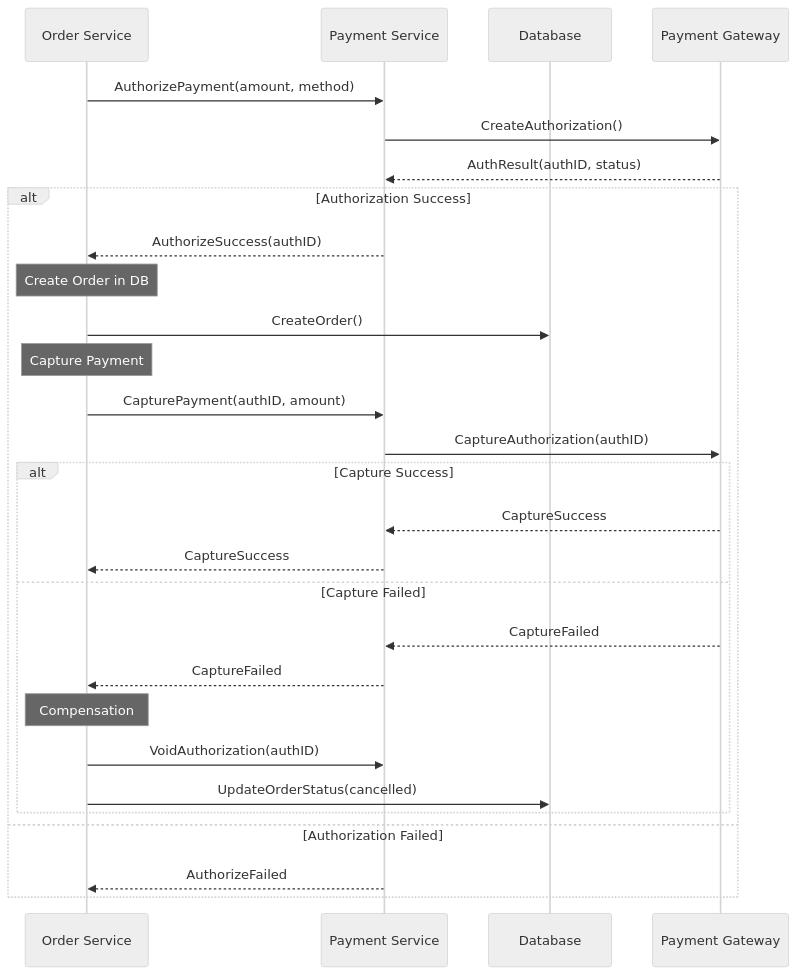
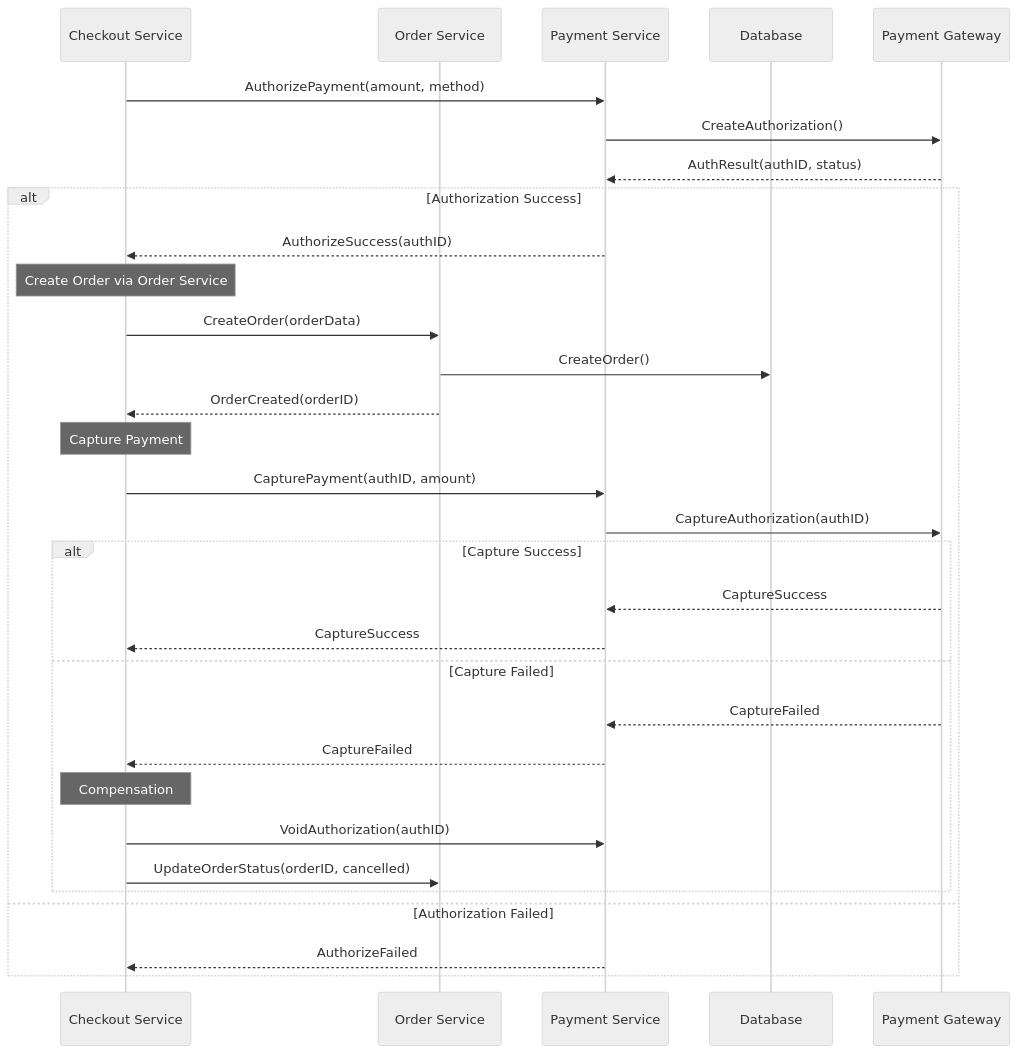
Before and after one commit to vesviet/Composable-Commerce-Service-Architecture: the third of 4 diagrams in 02-business-domains/commerce/cart-checkout.md, drawn with Mermaid (neutral theme). The commit also changed other lines of this file and 2 other files, not shown here.

First line of the commit message:
docs: add user service code review checklist and update documentation

````diff
--- a/02-business-domains/commerce/cart-checkout.md
+++ b/02-business-domains/commerce/cart-checkout.md
@@ -217,36 +221,39 @@
 ```mermaid
 sequenceDiagram
-    participant O as Order Service
+    participant CS as Checkout Service
+    participant OS as Order Service
     participant P as Payment Service
     participant DB as Database
     participant PG as Payment Gateway
 
-    O->>P: AuthorizePayment(amount, method)
+    CS->>P: AuthorizePayment(amount, method)
     P->>PG: CreateAuthorization()
     PG-->>P: AuthResult(authID, status)
     
     alt Authorization Success
-        P-->>O: AuthorizeSuccess(authID)
+        P-->>CS: AuthorizeSuccess(authID)
         
-        Note over O: Create Order in DB
-        O->>DB: CreateOrder()
+        Note over CS: Create Order via Order Service
+        CS->>OS: CreateOrder(orderData)
+        OS->>DB: CreateOrder()
+        OS-->>CS: OrderCreated(orderID)
         
-        Note over O: Capture Payment
-        O->>P: CapturePayment(authID, amount)
+        Note over CS: Capture Payment
+        CS->>P: CapturePayment(authID, amount)
         P->>PG: CaptureAuthorization(authID)
         
         alt Capture Success
             PG-->>P: CaptureSuccess
-            P-->>O: CaptureSuccess
+            P-->>CS: CaptureSuccess
         else Capture Failed
             PG-->>P: CaptureFailed
-            P-->>O: CaptureFailed
+            P-->>CS: CaptureFailed
             
-            Note over O: Compensation
-            O->>P: VoidAuthorization(authID)
-            O->>DB: UpdateOrderStatus(cancelled)
+            Note over CS: Compensation
+            CS->>P: VoidAuthorization(authID)
+            CS->>OS: UpdateOrderStatus(orderID, cancelled)
         end
     else Authorization Failed
-        P-->>O: AuthorizeFailed
+        P-->>CS: AuthorizeFailed
     end
 ```
````
